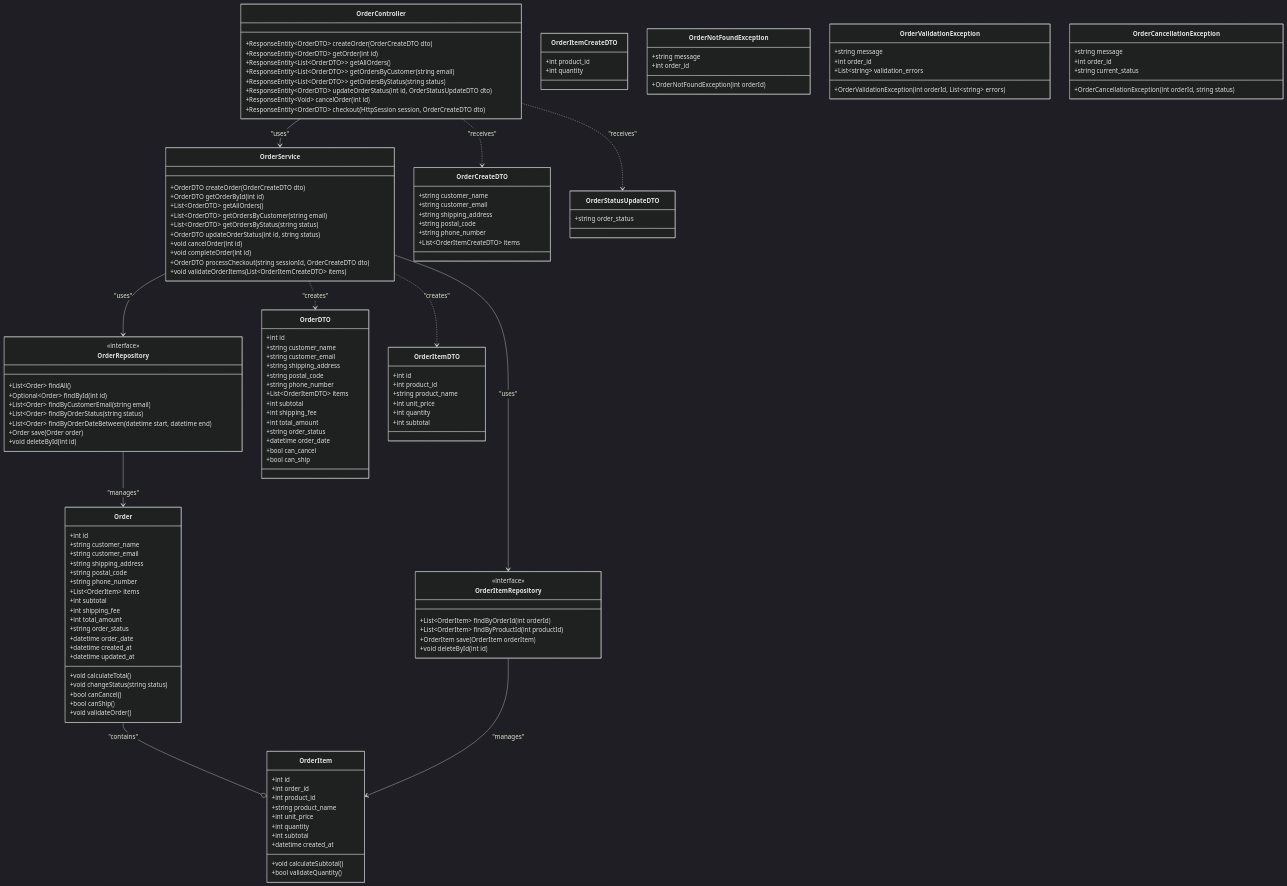
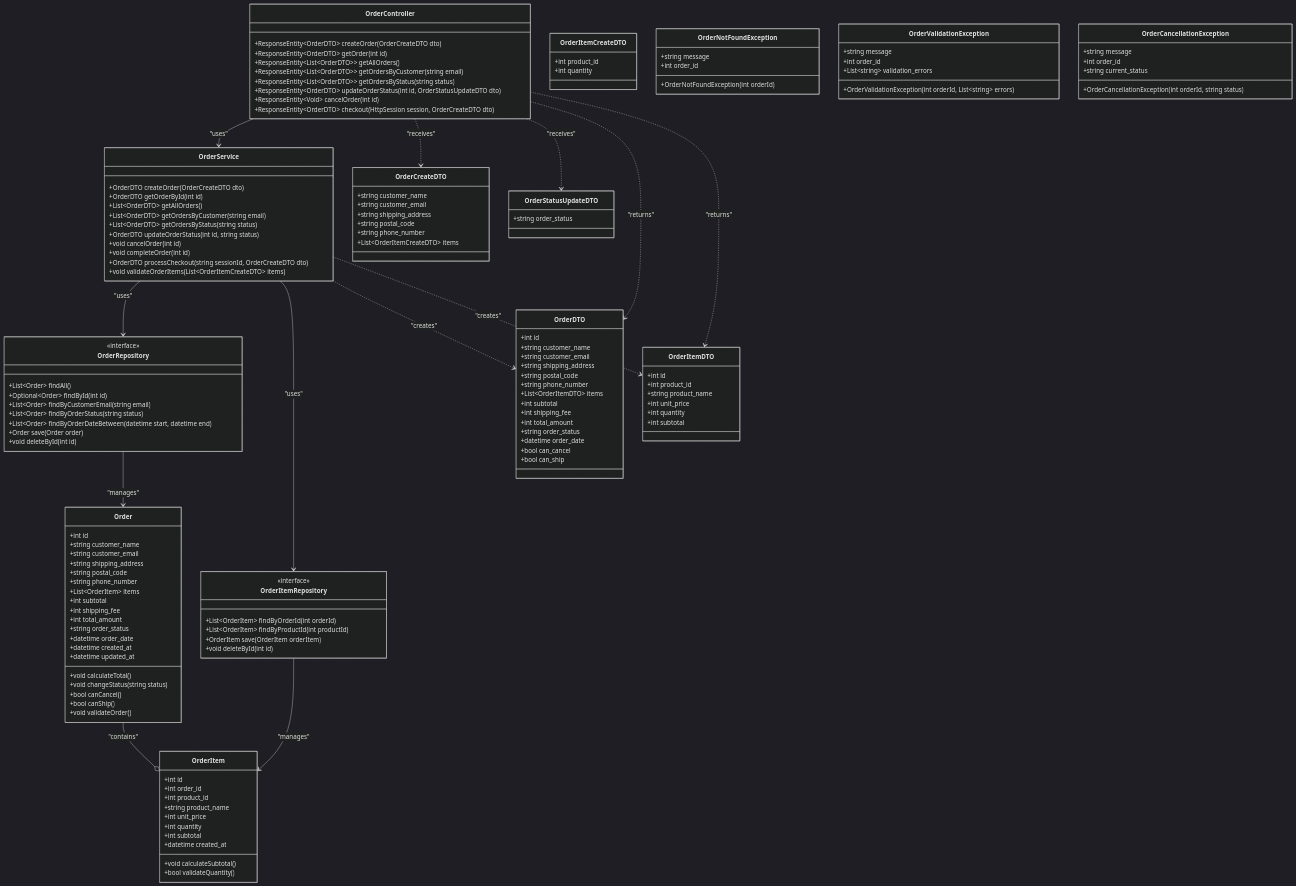
The third of 6 diagrams in 詳細設計/担当B_西嶋/クラス図_v2.md (Aoi-Yaegashi/teamF), drawn with Mermaid (dark theme) before and after one commit. The commit also changed other lines of this file, not shown here.

````diff
--- a/詳細設計/担当B_西嶋/クラス図_v2.md
+++ b/詳細設計/担当B_西嶋/クラス図_v2.md
@@ -481,4 +485,6 @@
     OrderService ..> OrderItemDTO : "creates"
     OrderController ..> OrderCreateDTO : "receives"
     OrderController ..> OrderStatusUpdateDTO : "receives"
+    OrderController ..> OrderDTO : "returns"
+    OrderController ..> OrderItemDTO : "returns"
 ```
````
